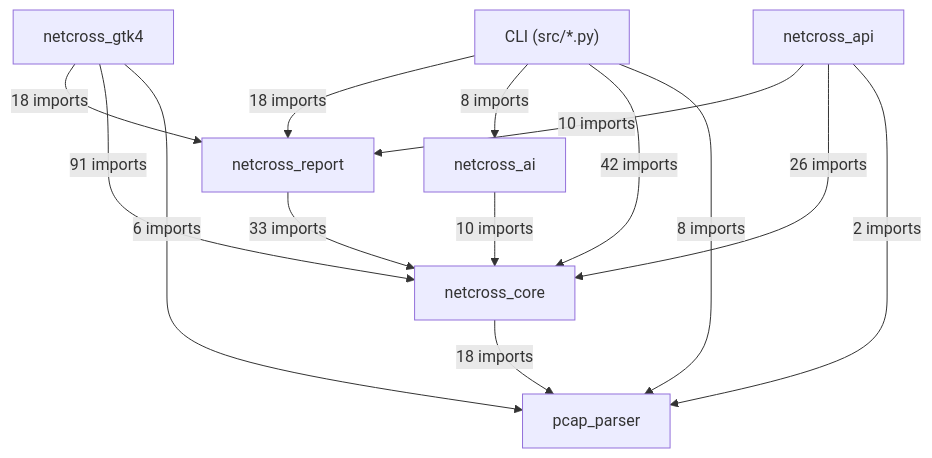
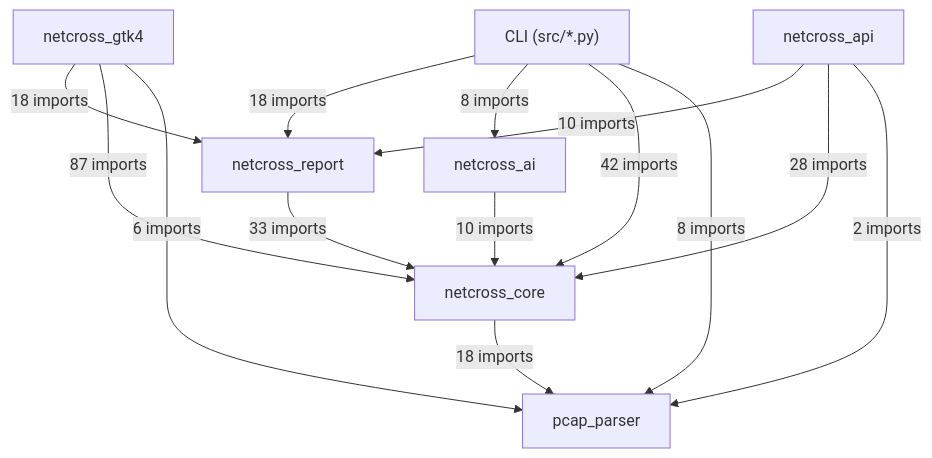
Before and after one commit to Mathide-Team/Netcross: the first of 19 diagrams in docs/class-diagram.md, drawn with Mermaid. The commit also changed other lines of this file and 9 other files, not shown here.

````diff
--- a/docs/class-diagram.md
+++ b/docs/class-diagram.md
@@ -26,23 +26,23 @@
 ```mermaid
 flowchart TD
     CLI["CLI (src/*.py)"]
     netcross_gtk4["netcross_gtk4"]
     netcross_api["netcross_api"]
     netcross_report["netcross_report"]
     netcross_ai["netcross_ai"]
     netcross_core["netcross_core"]
     pcap_parser["pcap_parser"]
     CLI -->|"18 imports"| netcross_report
     CLI -->|"8 imports"| netcross_ai
     CLI -->|"42 imports"| netcross_core
     CLI -->|"8 imports"| pcap_parser
     netcross_gtk4 -->|"18 imports"| netcross_report
-    netcross_gtk4 -->|"91 imports"| netcross_core
+    netcross_gtk4 -->|"87 imports"| netcross_core
     netcross_gtk4 -->|"6 imports"| pcap_parser
     netcross_api -->|"10 imports"| netcross_report
-    netcross_api -->|"26 imports"| netcross_core
+    netcross_api -->|"28 imports"| netcross_core
     netcross_api -->|"2 imports"| pcap_parser
     netcross_report -->|"33 imports"| netcross_core
     netcross_ai -->|"10 imports"| netcross_core
     netcross_core -->|"18 imports"| pcap_parser
 ```
````
